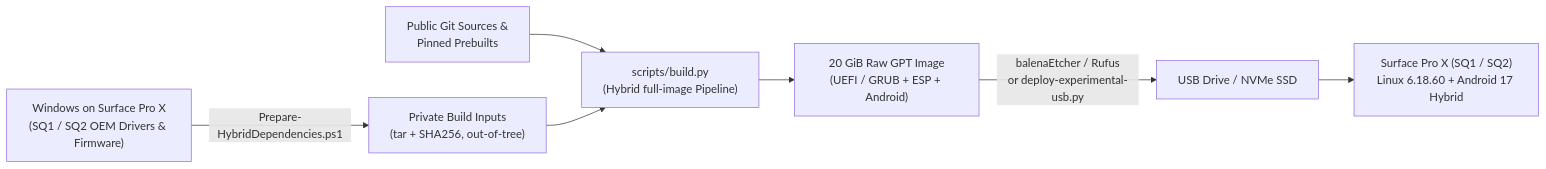
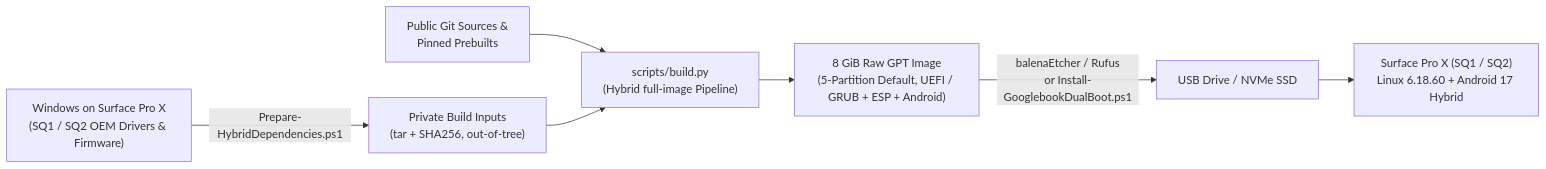
One commit to lhf1a/googlebookos_surface_pro_x changed the diagram in README.md. Above: the diagram before and after it, drawn with Mermaid. The commit also changed other lines of this file and 20 other files, not shown here.

````diff
--- a/README.md
+++ b/README.md
@@ -43,9 +57,9 @@
 ```mermaid
 flowchart LR
     A["Windows on Surface Pro X<br/>(SQ1 / SQ2 OEM Drivers & Firmware)"] -->|Prepare-HybridDependencies.ps1| B["Private Build Inputs<br/>(tar + SHA256, out-of-tree)"]
     C["Public Git Sources &<br/>Pinned Prebuilts"] --> D["scripts/build.py<br/>(Hybrid full-image Pipeline)"]
     B --> D
-    D --> E["20 GiB Raw GPT Image<br/>(UEFI / GRUB + ESP + Android)"]
-    E -->|balenaEtcher / Rufus<br/>or deploy-experimental-usb.py| F["USB Drive / NVMe SSD"]
+    D --> E["8 GiB Raw GPT Image<br/>(5-Partition Default, UEFI / GRUB + ESP + Android)"]
+    E -->|balenaEtcher / Rufus<br/>or Install-GooglebookDualBoot.ps1| F["USB Drive / NVMe SSD"]
     F --> G["Surface Pro X (SQ1 / SQ2)<br/>Linux 6.18.60 + Android 17 Hybrid"]
 ```
````
